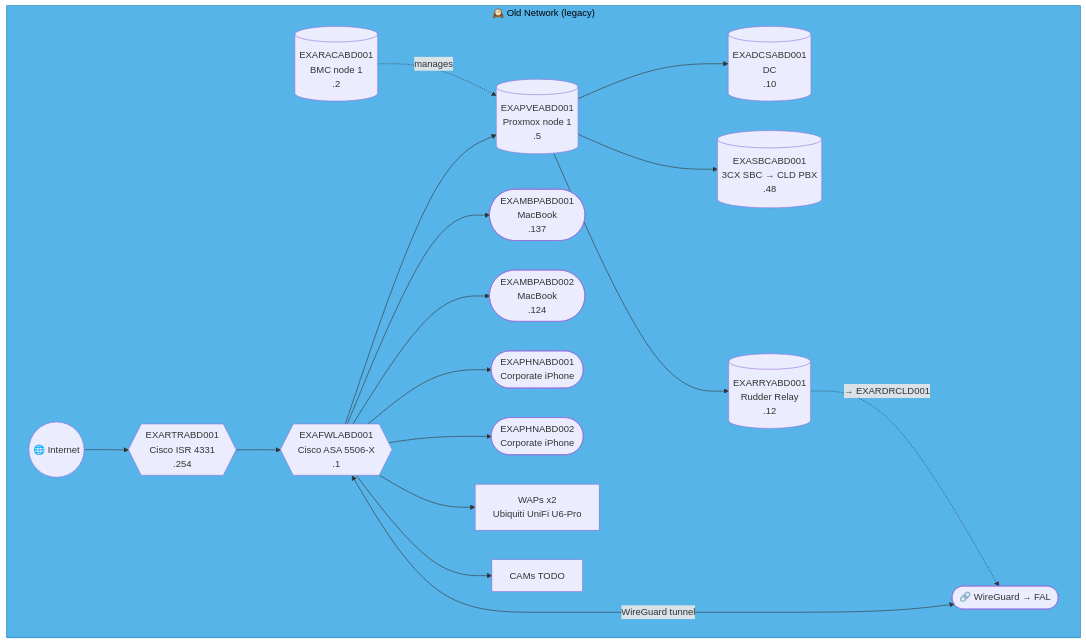
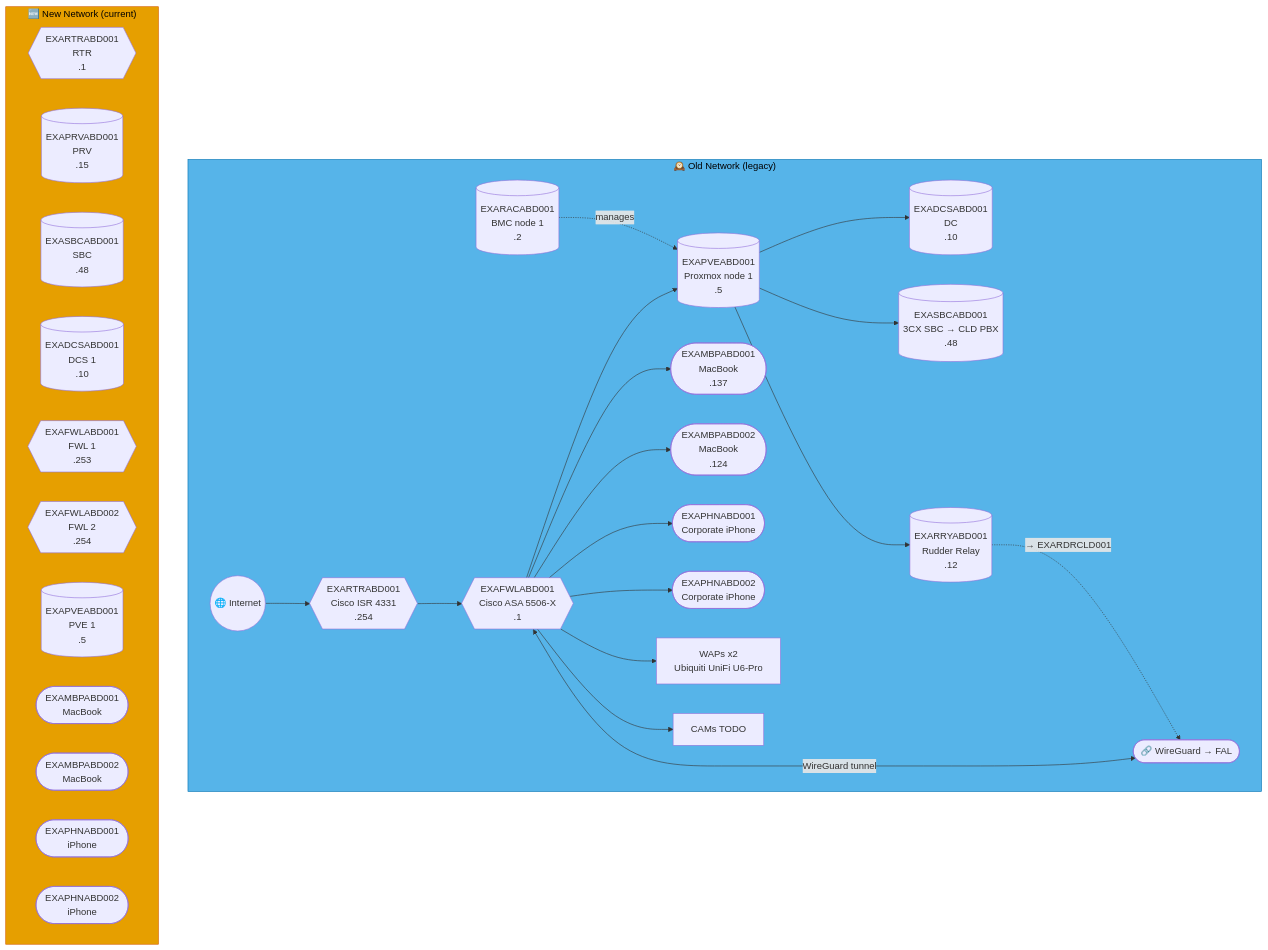
The eighth of 51 diagrams in docs/network-diagram.md (knightmare2600/example_music_infra), drawn with Mermaid before and after one commit. The commit also changed other lines of this file and 1 other file, not shown here.

````diff
--- a/docs/network-diagram.md
+++ b/docs/network-diagram.md
@@ -470,30 +642,46 @@
 ```mermaid
 graph TD
     subgraph OLD_ABD ["🕰️ Old Network (legacy)"]
       INET(("🌐 Internet"))
       FWL{{"EXAFWLABD001<br/>Cisco ASA 5506-X<br/>.1"}}
       RTR{{"EXARTRABD001<br/>Cisco ISR 4331<br/>.254"}}
       RAC[("EXARACABD001<br/>BMC node 1<br/>.2")]
       PVE[("EXAPVEABD001<br/>Proxmox node 1<br/>.5")]
       DC[("EXADCSABD001<br/>DC<br/>.10")]
       SBC[("EXASBCABD001<br/>3CX SBC → CLD PBX<br/>.48")]
       RRY[("EXARRYABD001<br/>Rudder Relay<br/>.12")]
       MBP1(["EXAMBPABD001<br/>MacBook<br/>.137"])
       MBP2(["EXAMBPABD002<br/>MacBook<br/>.124"])
       PHN1(["EXAPHNABD001<br/>Corporate iPhone"])
       PHN2(["EXAPHNABD002<br/>Corporate iPhone"])
       WAP["WAPs x2<br/>Ubiquiti UniFi U6-Pro"]
       CAM["CAMs TODO"]
       VPN(["🔗 WireGuard → FAL"])
 
       INET --> RTR --> FWL --> PVE
       PVE --> DC & SBC
       RAC -.->|"manages"| PVE
       FWL --> MBP1 & MBP2 & PHN1 & PHN2 & WAP & CAM
       FWL <-->|"WireGuard tunnel"| VPN
 
       PVE --> RRY
       RRY -. "→ EXARDRCLD001" .-> VPN
     end
     style OLD_ABD fill:#56B4E9,stroke:#0072B2,color:#000000
+    %% GENERATED:NEW-NETWORK:ABD:START
+    subgraph NEW_ABD ["🆕 New Network (current)"]
+      N_RTR{{"EXARTRABD001<br/>RTR<br/>.1"}}
+      N_PRV[("EXAPRVABD001<br/>PRV<br/>.15")]
+      N_SBC[("EXASBCABD001<br/>SBC<br/>.48")]
+      N_DCS[("EXADCSABD001<br/>DCS 1<br/>.10")]
+      N_FWL{{"EXAFWLABD001<br/>FWL 1<br/>.253"}}
+      N_FWL2{{"EXAFWLABD002<br/>FWL 2<br/>.254"}}
+      N_PVE[("EXAPVEABD001<br/>PVE 1<br/>.5")]
+      N_MBP(["EXAMBPABD001<br/>MacBook"])
+      N_MBP2(["EXAMBPABD002<br/>MacBook"])
+      N_PHN(["EXAPHNABD001<br/>iPhone"])
+      N_PHN2(["EXAPHNABD002<br/>iPhone"])
+    end
+    style NEW_ABD fill:#E69F00,stroke:#D55E00,color:#000000
+    %% GENERATED:NEW-NETWORK:ABD:END
 ```
````
